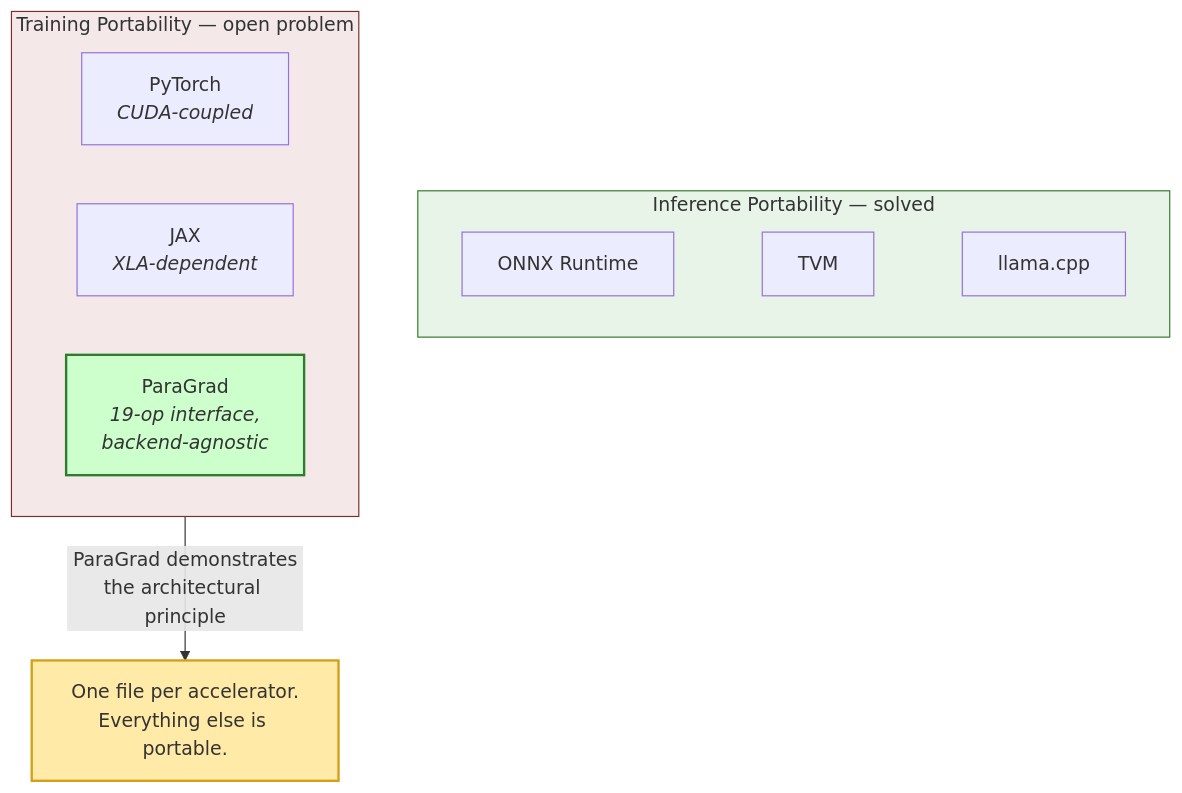
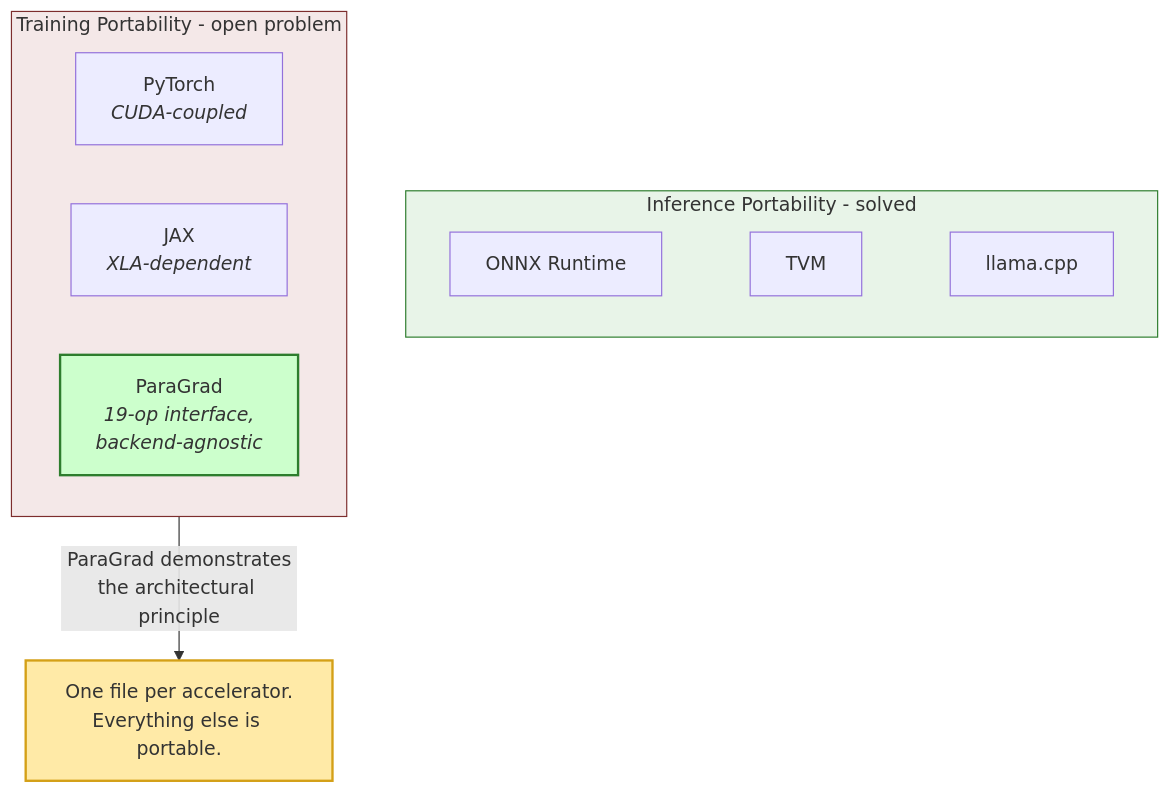
Before and after one commit to codevardhan/codevardhan.github.io: diagram 14 of 14 in src/content/projects/paragrad-engine.md, drawn with Mermaid. The commit also changed other lines of this file and 2 other files, not shown here.

````diff
--- a/src/content/projects/paragrad-engine.md
+++ b/src/content/projects/paragrad-engine.md
@@ -414,18 +419,18 @@
 ```mermaid
 graph TB
-    subgraph solved["Inference Portability — solved"]
+    subgraph solved["Inference Portability - solved"]
         style solved fill:#e8f4e8,stroke:#2d7d2d
         ONNX["ONNX Runtime"] ~~~ TVM["TVM"] ~~~ LLAMA["llama.cpp"]
     end
 
-    subgraph gap["Training Portability — open problem"]
+    subgraph gap["Training Portability - open problem"]
         style gap fill:#f4e8e8,stroke:#7d2d2d
         PT["PyTorch<br/><i>CUDA-coupled</i>"]
         JAX["JAX<br/><i>XLA-dependent</i>"]
         PG["ParaGrad<br/><i>19-op interface,<br/>backend-agnostic</i>"]
         style PG fill:#ccffcc,stroke:#2d7d2d,stroke-width:2px
     end
 
     gap -->|"ParaGrad demonstrates<br/>the architectural principle"| FUTURE["One file per accelerator.<br/>Everything else is portable."]
     style FUTURE fill:#ffeaa7,stroke:#d4a017,stroke-width:2px
 ```
````
